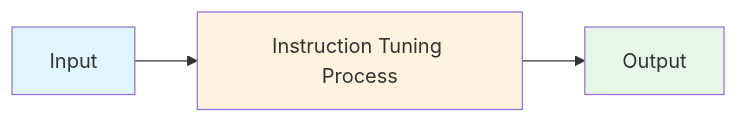
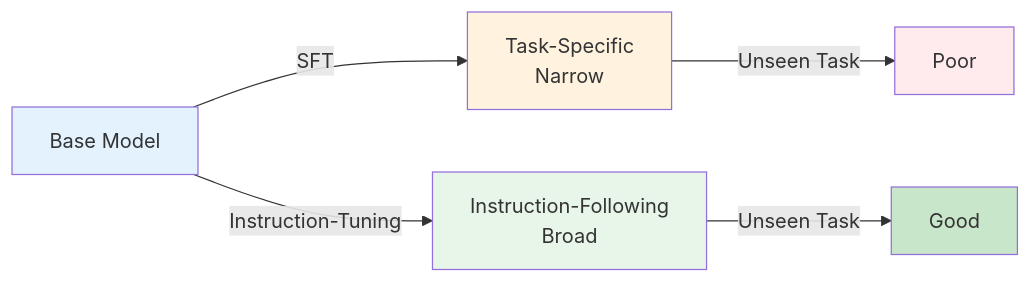
The first of 2 diagrams in llm/concepts/instruction-tuning.md (souradeepta/interviewprep-ai), drawn with Mermaid before and after one commit. The commit also changed other lines of this file and 20 other files, not shown here.

First line of the commit message:
feat: enhance 18 LLM concept files with detailed Q&A, diagrams, and real-world examples

````diff
--- a/llm/concepts/instruction-tuning.md
+++ b/llm/concepts/instruction-tuning.md
@@ -58,9 +58,13 @@
 ```mermaid
 graph LR
-    A["Input"] --> B["Instruction Tuning Process"]
-    B --> C["Output"]
+    A["Base Model"] -->|SFT| B["Task-Specific<br/>Narrow"]
+    A -->|Instruction-Tuning| C["Instruction-Following<br/>Broad"]
+    B -->|Unseen Task| D["Poor"]
+    C -->|Unseen Task| E["Good"]
 
-    style A fill:#e1f5ff
+    style A fill:#e3f2fd
     style B fill:#fff3e0
     style C fill:#e8f5e9
+    style D fill:#ffebee
+    style E fill:#c8e6c9
 ```
````
